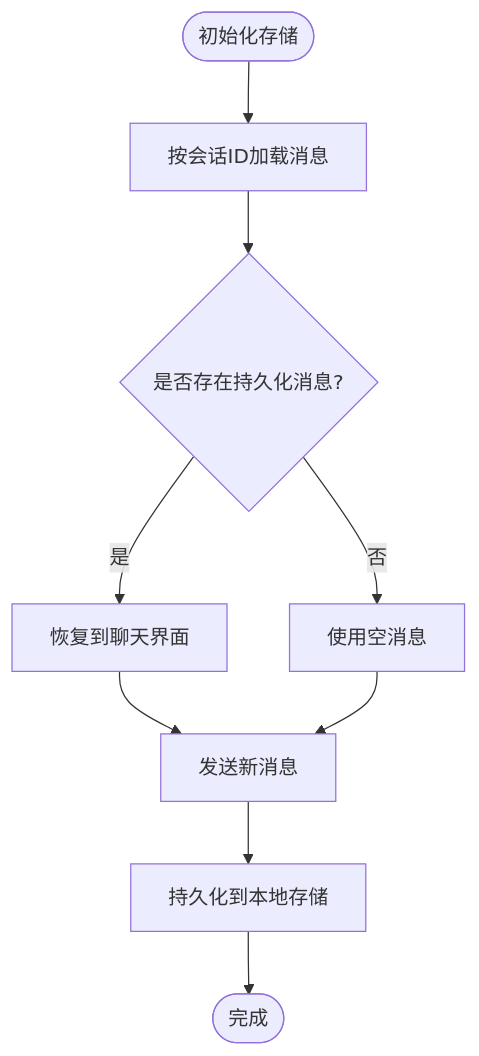
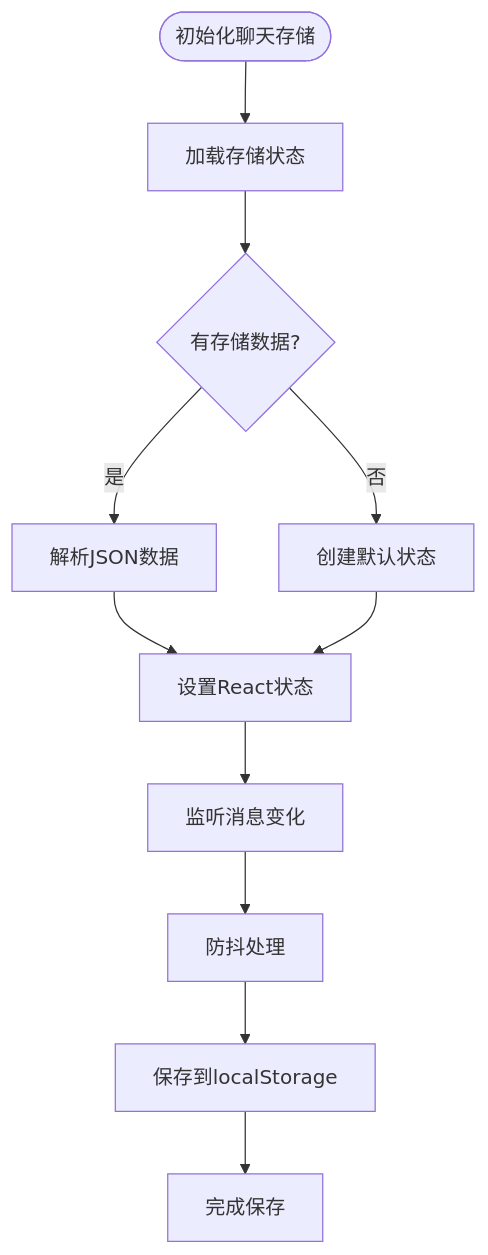
The sixth of 8 diagrams in .qoder/repowiki/zh/content/前端架构/业务模块前端实现/QA模块.md (inier/ontology-graphiti), drawn with Mermaid before and after one commit. The commit also changed other lines of this file and 8 other files, not shown here.

````diff
--- a/.qoder/repowiki/zh/content/前端架构/业务模块前端实现/QA模块.md
+++ b/.qoder/repowiki/zh/content/前端架构/业务模块前端实现/QA模块.md
@@ -198,11 +270,13 @@
 ```mermaid
 flowchart TD
-Init(["初始化存储"]) --> Load["按会话ID加载消息"]
-Load --> HasMsg{"是否存在持久化消息?"}
-HasMsg --> |是| Restore["恢复到聊天界面"]
-HasMsg --> |否| Empty["使用空消息"]
-Restore --> Send["发送新消息"]
-Empty --> Send
-Send --> Persist["持久化到本地存储"]
-Persist --> End(["完成"])
+Init(["初始化聊天存储"]) --> Load["加载存储状态"]
+Load --> HasStored{"有存储数据?"}
+HasStored --> |是| Parse["解析JSON数据"]
+HasStored --> |否| CreateDefault["创建默认状态"]
+Parse --> SetState["设置React状态"]
+CreateDefault --> SetState
+SetState --> WatchChanges["监听消息变化"]
+WatchChanges --> Debounce["防抖处理"]
+Debounce --> Save["保存到localStorage"]
+Save --> Complete["完成保存"]
 ```
````
